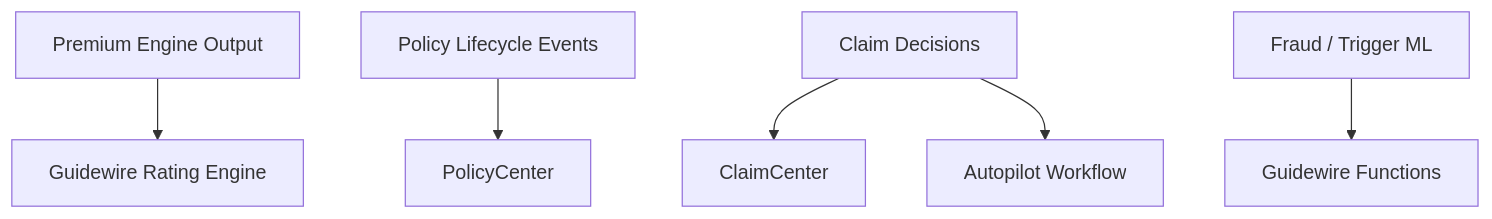
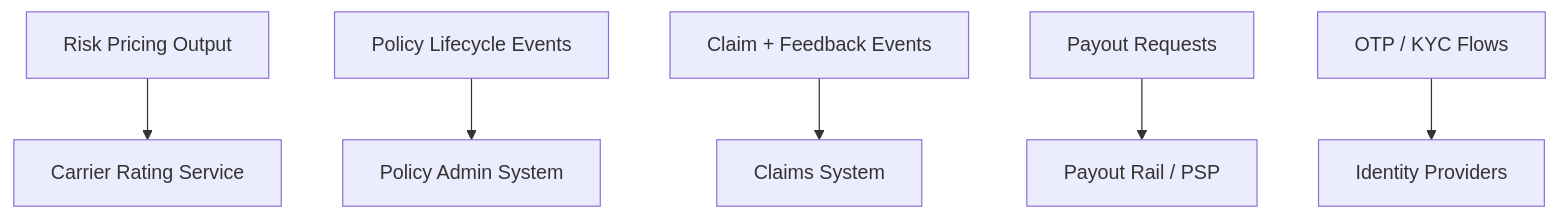
One commit to VIDISHA006/delivery-worker-insurance changed the second of 2 diagrams in docs/architecture.md. Above: the diagram before and after it, drawn with Mermaid. The commit also changed other lines of this file and 34 other files, not shown here.

````diff
--- a/docs/architecture.md
+++ b/docs/architecture.md
@@ -58,8 +62,8 @@
 ```mermaid
 flowchart TD
-    Premium["Premium Engine Output"] --> Rating["Guidewire Rating Engine"]
-    Policy["Policy Lifecycle Events"] --> PolicyCenter["PolicyCenter"]
-    Claims["Claim Decisions"] --> ClaimCenter["ClaimCenter"]
-    Fraud["Fraud / Trigger ML"] --> Functions["Guidewire Functions"]
-    Claims --> Autopilot["Autopilot Workflow"]
+    Premium["Risk Pricing Output"] --> Rating["Carrier Rating Service"]
+    Policy["Policy Lifecycle Events"] --> PolicySystem["Policy Admin System"]
+    Claims["Claim + Feedback Events"] --> ClaimsSystem["Claims System"]
+    Payouts["Payout Requests"] --> Payments["Payout Rail / PSP"]
+    Auth["OTP / KYC Flows"] --> Identity["Identity Providers"]
 ```
````
